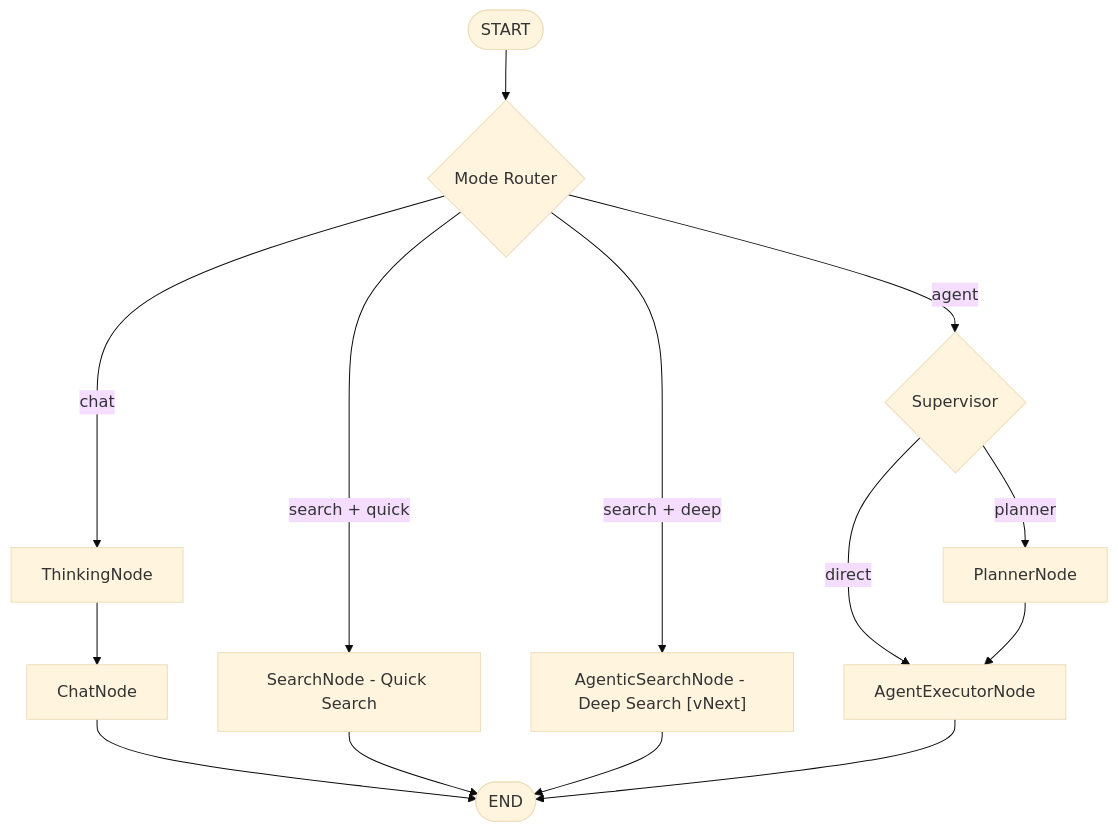
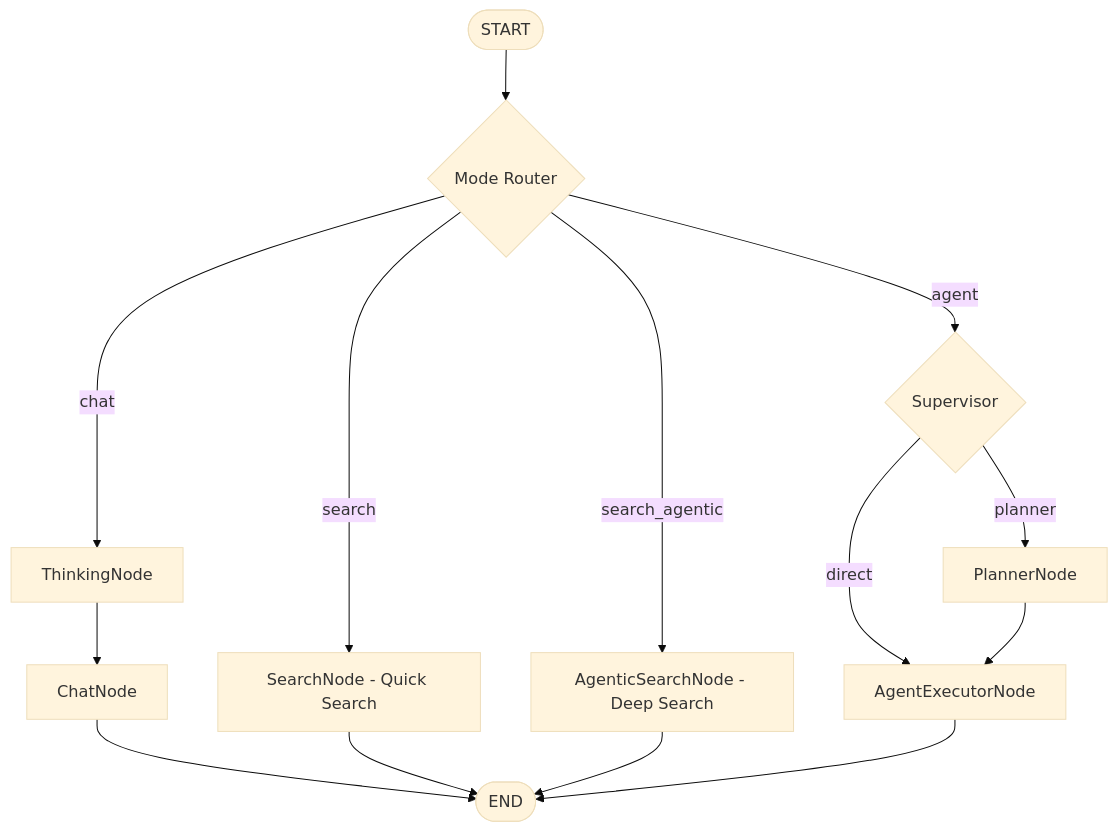
The third of 11 diagrams in docs/architecture/ARCHITECTURE.md (coco4atJP/Tepora-alpha), drawn with Mermaid (base theme) before and after one commit. The commit also changed other lines of this file and 23 other files, not shown here.

First line of the commit message:
docs: update ARCHITECTURE.md to reflect current codebase state

````diff
--- a/docs/architecture/ARCHITECTURE.md
+++ b/docs/architecture/ARCHITECTURE.md
@@ -520,21 +523,21 @@
 ```mermaid
 graph TD
     START([START]) --> ROUTER{Mode Router}
   
     ROUTER -->|chat| THINK[ThinkingNode]
     THINK --> CHAT[ChatNode]
   
-    ROUTER -->|"search + quick"| SEARCH[SearchNode - Quick Search]
-    ROUTER -->|"search + deep"| AGENTIC["AgenticSearchNode - Deep Search [vNext]"]
+    ROUTER -->|"search"| SEARCH[SearchNode - Quick Search]
+    ROUTER -->|"search_agentic"| AGENTIC["AgenticSearchNode - Deep Search"]
   
     ROUTER -->|agent| SUPERVISOR{Supervisor}
   
     SUPERVISOR -->|planner| PLANNER[PlannerNode]
     SUPERVISOR -->|direct| AGENT_EXEC[AgentExecutorNode]
     PLANNER --> AGENT_EXEC
   
     CHAT --> END([END])
     SEARCH --> END
     AGENTIC --> END
     AGENT_EXEC --> END
 ```
````
